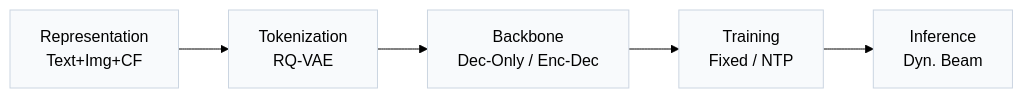
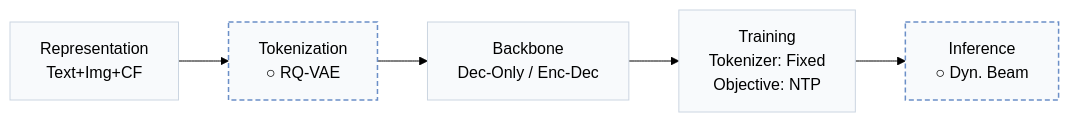
Before and after one commit to Galaxy-ghost/Awesome-SID-Generative-Rec: the first of 3 diagrams in pages/papers/forge.md, drawn with Mermaid (forest theme). The commit also changed other lines of this file and 558 other files, not shown here.

````diff
--- a/pages/papers/forge.md
+++ b/pages/papers/forge.md
@@ -15,6 +18,8 @@
 ```mermaid
 flowchart LR
-    R["Representation<br/>Text+Img+CF"] --> T["Tokenization<br/>RQ-VAE"] --> B["Backbone<br/>Dec-Only / Enc-Dec"] --> TR["Training<br/>Fixed / NTP"] --> I["Inference<br/>Dyn. Beam"]
+    R["Representation<br/>Text+Img+CF"] --> T["Tokenization<br/>○ RQ-VAE"] --> B["Backbone<br/>Dec-Only / Enc-Dec"] --> TR["Training<br/>Tokenizer: Fixed<br/>Objective: NTP"] --> I["Inference<br/>○ Dyn. Beam"]
     classDef base fill:#f8fafc,stroke:#cbd5e1
     class R,T,B,TR,I base
+    classDef other fill:#f8fafc,stroke:#6b8fc7,stroke-width:1.5px,stroke-dasharray:5 3
+    class T,I other
 ```
````
